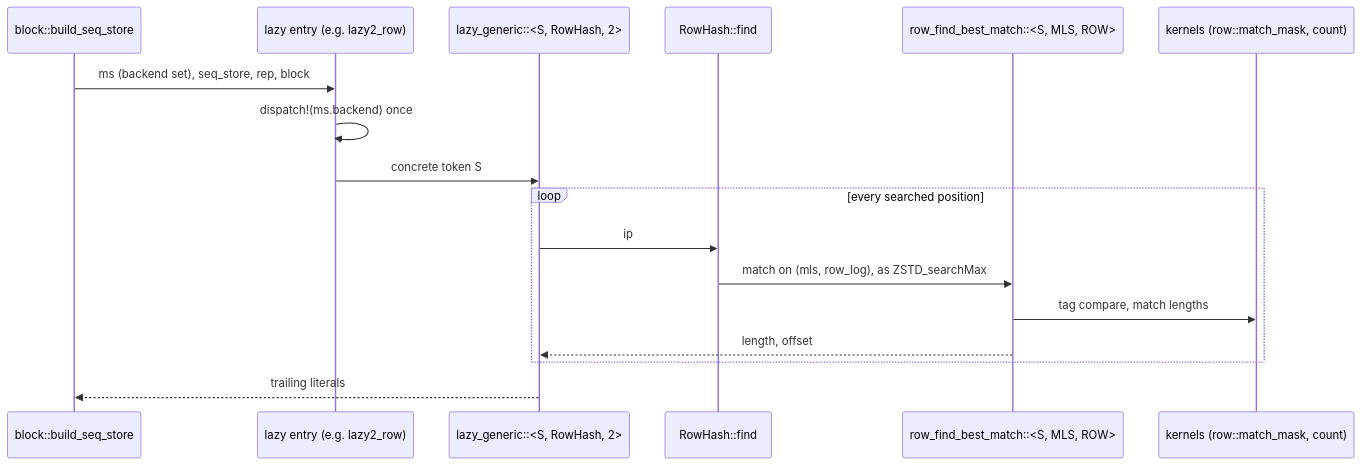
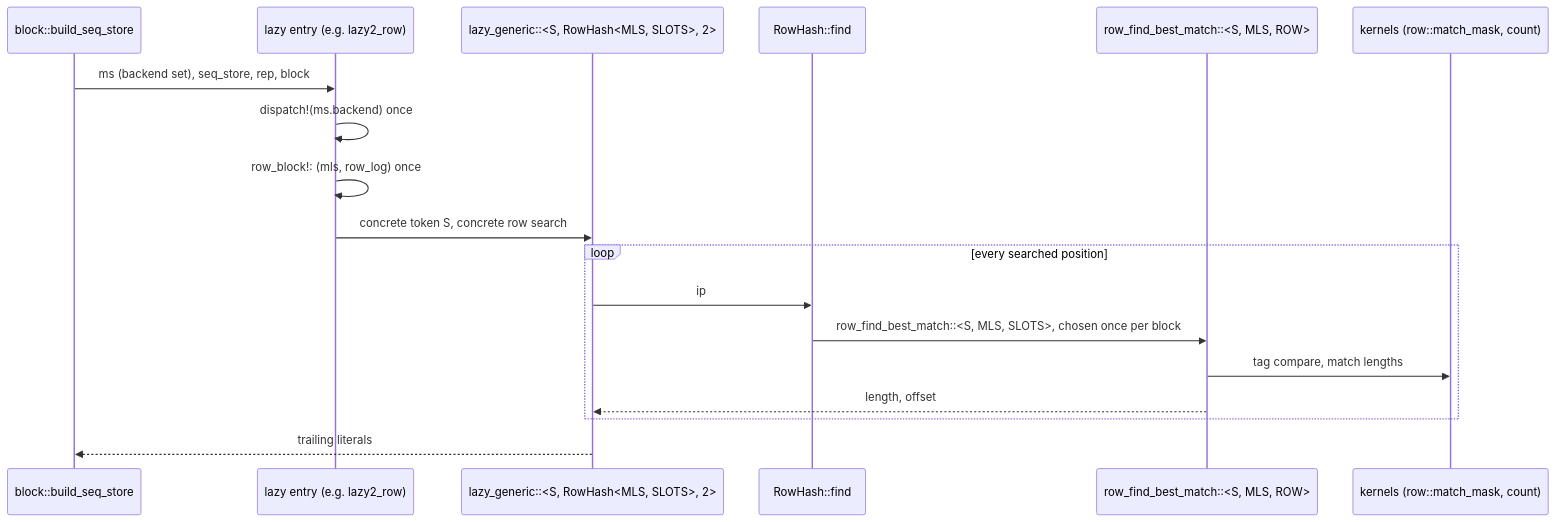
One commit to M-Compressors/mzstd changed diagram 13 of 17 in architecture/encoder-core.md. Above: the diagram before and after it, drawn with Mermaid. The commit also changed other lines of this file and 419 other files, not shown here.

````diff
--- a/architecture/encoder-core.md
+++ b/architecture/encoder-core.md
@@ -508,19 +607,20 @@
 ```mermaid
 sequenceDiagram
     participant B as block::build_seq_store
     participant E as lazy entry (e.g. lazy2_row)
-    participant P as lazy_generic::<S, RowHash, 2>
+    participant P as lazy_generic::<S, RowHash<MLS, SLOTS>, 2>
     participant F as RowHash::find
     participant R as row_find_best_match::<S, MLS, ROW>
     participant K as kernels (row::match_mask, count)
     B->>E: ms (backend set), seq_store, rep, block
     E->>E: dispatch!(ms.backend) once
-    E->>P: concrete token S
+    E->>E: row_block!: (mls, row_log) once
+    E->>P: concrete token S, concrete row search
     loop every searched position
         P->>F: ip
-        F->>R: match on (mls, row_log), as ZSTD_searchMax
+        F->>R: row_find_best_match::<S, MLS, SLOTS>, chosen once per block
         R->>K: tag compare, match lengths
         R-->>P: length, offset
     end
     P-->>B: trailing literals
 ```
````
